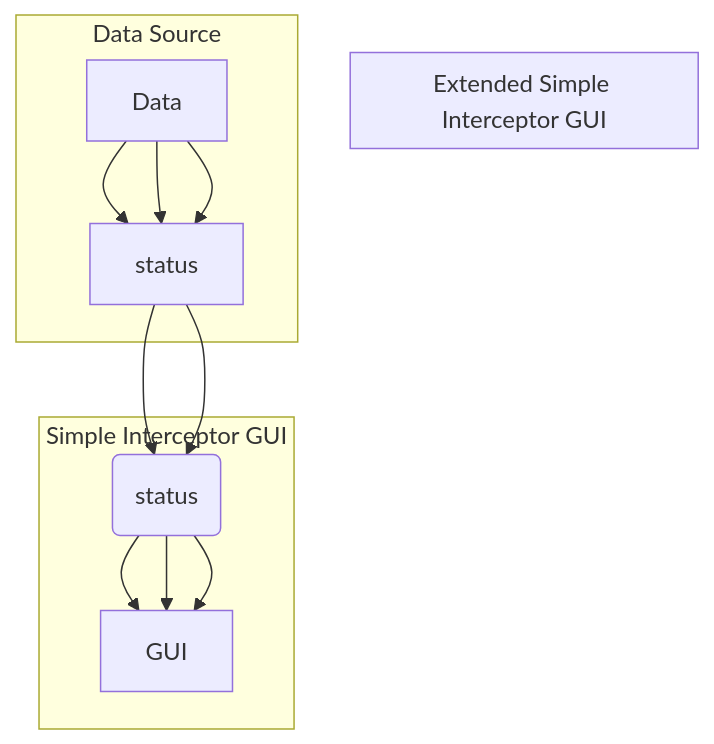
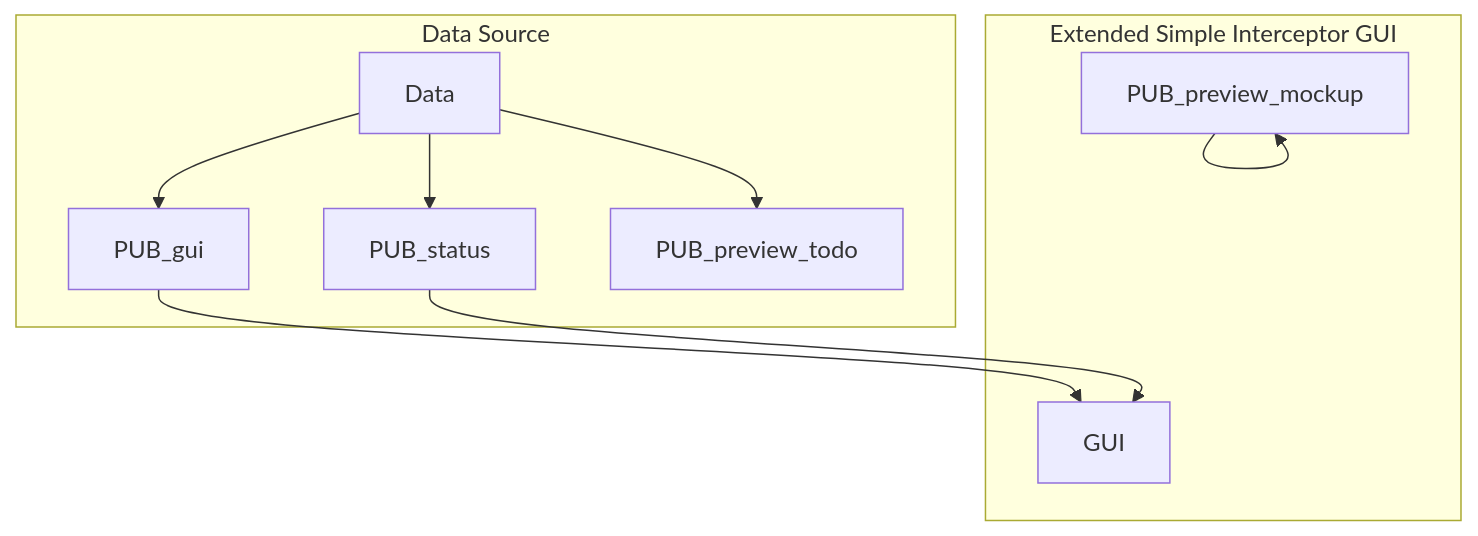
One commit to AleksanderCehovin/interceptor changed the second of 2 diagrams in README.md. Above: the diagram before and after it, drawn with Mermaid. The commit also changed other lines of this file, not shown here.

Commit message:
Improved graphs

````diff
--- a/README.md
+++ b/README.md
@@ -91,20 +109,17 @@
 ```mermaid
 graph TD;
-  subgraph "Simple Interceptor GUI"
-  SUB(gui) --> GUI;
-  end
 
   subgraph "Extended Simple Interceptor GUI"
-  SUB(gui) --> GUI;
-  SUB(status) --> GUI;
+  GUI;
+  PUB_preview_mockup --> PUB_preview_mockup;
   end
 
 
   subgraph "Data Source"
-  Data --> PUB(gui);
-  Data --> PUB(status);
-  Data --> PUB(preview);
-  PUB[gui] --> SUB(gui);
-  PUB[status] --> SUB(status);
+  Data --> PUB_gui;
+  Data --> PUB_status;
+  Data --> PUB_preview_todo;
+  PUB_gui --> GUI;
+  PUB_status --> GUI;
   end
 ```
````
